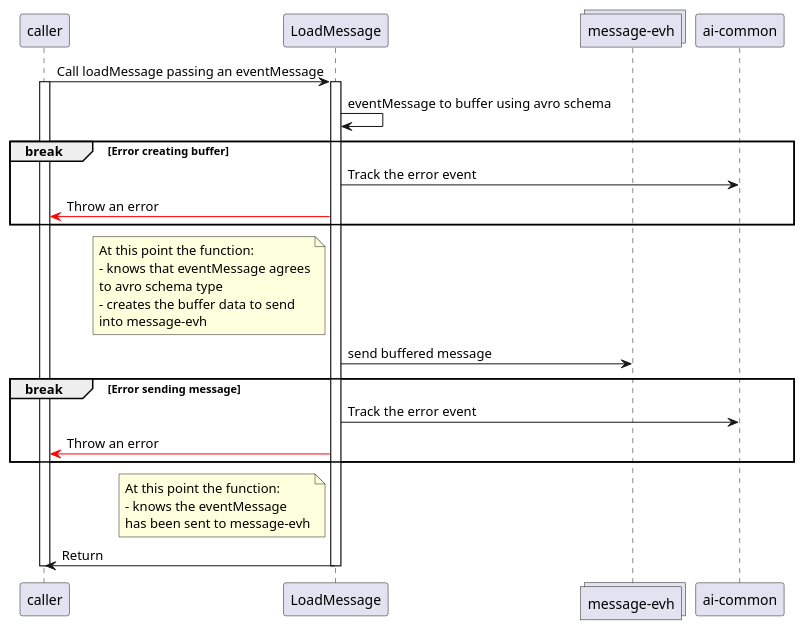
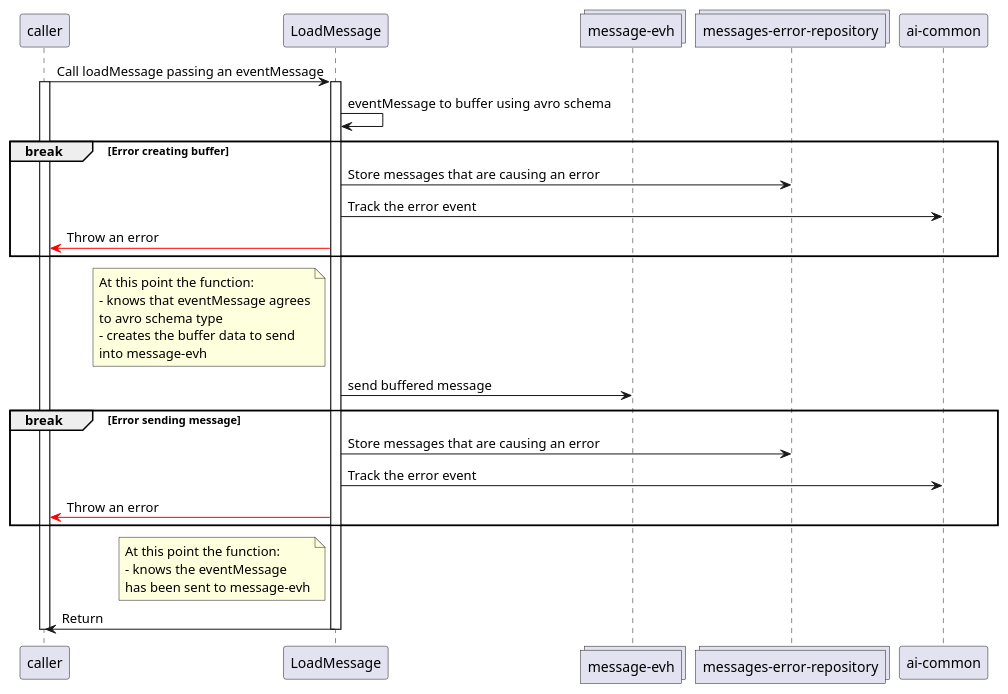
The diagram in docs/load-message/load-message.puml (pagopa/io-messages), drawn with PlantUML before and after one commit.

Commit message:
updating diagram

```diff
--- a/docs/load-message/load-message.puml
+++ b/docs/load-message/load-message.puml
@@ -1,47 +1,50 @@
 @startuml load-message
 
 participant caller
 participant LoadMessage as lm
 collections "message-evh" as evh
+collections "messages-error-repository" as msgErrorRepo
 participant "ai-common" as ai
 
 caller -> lm : Call loadMessage passing an eventMessage
 activate caller
 activate lm
 
 ' lm -> lm : read avro schema
 ' alt Error reading avro schema
 '   lm -> ai : Track the error event
 '   lm -[#red]> caller : Throw an error
 ' end
 
 lm -> lm : eventMessage to buffer using avro schema
 break Error creating buffer
+  lm -> msgErrorRepo: Store messages that are causing an error
   lm -> ai : Track the error event
   lm -[#red]> caller : Throw an error
 end
 
 note left of lm
   At this point the function:
   - knows that eventMessage agrees
   to avro schema type
   - creates the buffer data to send
   into message-evh
 end note
 
 lm -> evh : send buffered message
 break Error sending message
+  lm -> msgErrorRepo: Store messages that are causing an error
   lm -> ai : Track the error event
   lm -[#red]> caller : Throw an error
 end
 
 note left of lm
   At this point the function:
   - knows the eventMessage
   has been sent to message-evh
 end note
 
 lm -> caller : Return
 deactivate lm
 deactivate caller
 @enduml
```
